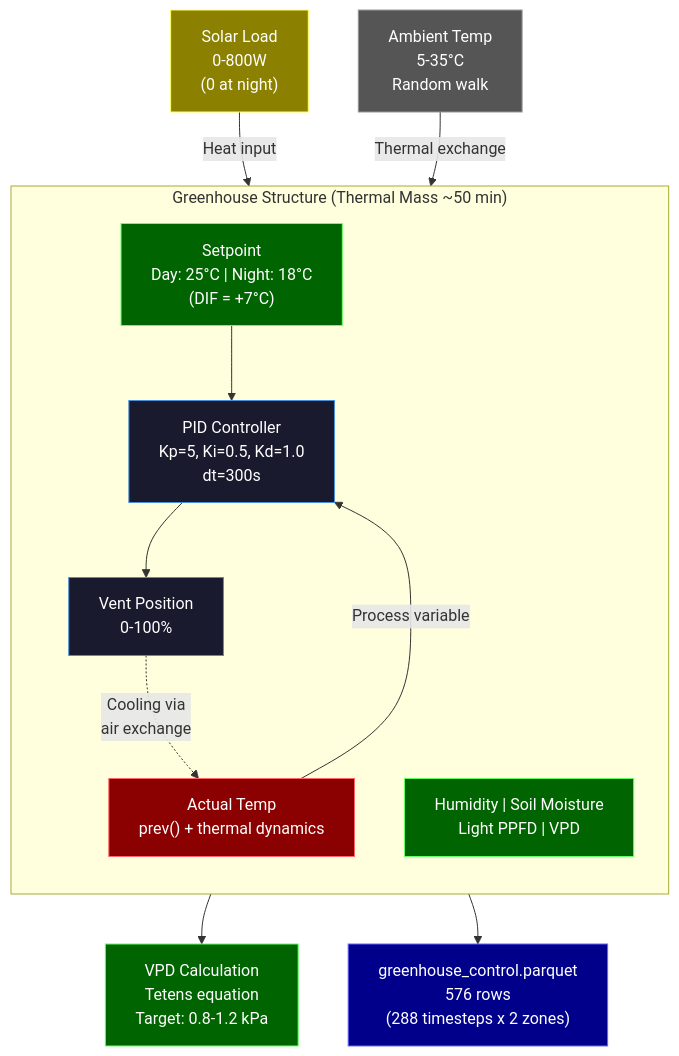
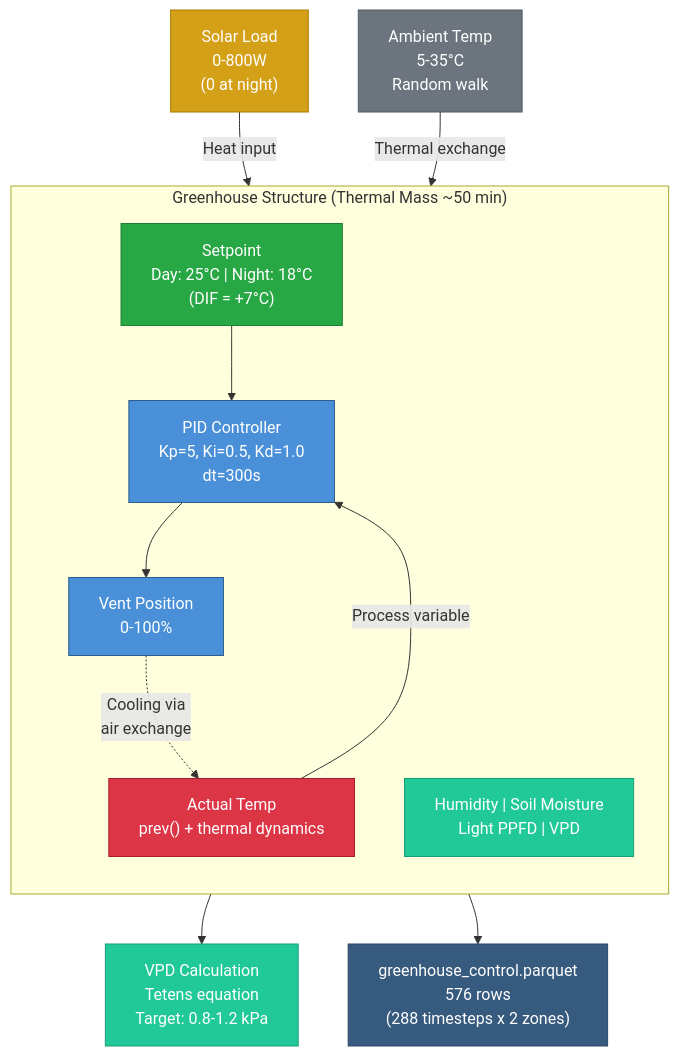
One commit to henryodibi11/Odibi changed the third of 3 diagrams in docs/simulation/patterns/environmental.md. Above: the diagram before and after it, drawn with Mermaid. The commit also changed other lines of this file and 7 other files, not shown here.

First line of the commit message:
Fix mermaid diagram colors for readability across all 26 diagrams

````diff
--- a/docs/simulation/patterns/environmental.md
+++ b/docs/simulation/patterns/environmental.md
@@ -522,33 +522,33 @@
 ```mermaid
 flowchart TB
     subgraph GH["Greenhouse Structure (Thermal Mass ~50 min)"]
         direction TB
         SP["Setpoint\nDay: 25°C | Night: 18°C\n(DIF = +7°C)"]
         PID["PID Controller\nKp=5, Ki=0.5, Kd=1.0\ndt=300s"]
         VENT["Vent Position\n0-100%"]
         TEMP["Actual Temp\nprev() + thermal dynamics"]
         SENSORS["Humidity | Soil Moisture\nLight PPFD | VPD"]
     end
 
     SUN["Solar Load\n0-800W\n(0 at night)"] -->|"Heat input"| TEMP
     AMB["Ambient Temp\n5-35°C\nRandom walk"] -->|"Thermal exchange"| TEMP
 
     SP --> PID
     TEMP -->|"Process variable"| PID
     PID --> VENT
     VENT -.->|"Cooling via\nair exchange"| TEMP
 
     TEMP --> VPD_CALC["VPD Calculation\nTetens equation\nTarget: 0.8-1.2 kPa"]
 
     GH --> OUT["greenhouse_control.parquet\n576 rows\n(288 timesteps x 2 zones)"]
 
-    style SP fill:#006400,stroke:#66ff66,color:#ffffff
-    style PID fill:#1a1a2e,stroke:#4a90d9,color:#ffffff
-    style VENT fill:#1a1a2e,stroke:#4a90d9,color:#ffffff
-    style TEMP fill:#8B0000,stroke:#ff6666,color:#ffffff
-    style SENSORS fill:#006400,stroke:#66ff66,color:#ffffff
-    style SUN fill:#8B8000,stroke:#ffff66,color:#ffffff
-    style AMB fill:#555555,stroke:#999999,color:#ffffff
-    style VPD_CALC fill:#006400,stroke:#66ff66,color:#ffffff
-    style OUT fill:#00008B,stroke:#6666ff,color:#ffffff
+    style SP fill:#28a745,stroke:#1e7e34,color:#ffffff
+    style PID fill:#4a90d9,stroke:#2c5f8a,color:#ffffff
+    style VENT fill:#4a90d9,stroke:#2c5f8a,color:#ffffff
+    style TEMP fill:#dc3545,stroke:#a71d2a,color:#ffffff
+    style SENSORS fill:#20c997,stroke:#199d76,color:#ffffff
+    style SUN fill:#d4a017,stroke:#a67c00,color:#ffffff
+    style AMB fill:#6c757d,stroke:#545b62,color:#ffffff
+    style VPD_CALC fill:#20c997,stroke:#199d76,color:#ffffff
+    style OUT fill:#375a7f,stroke:#2c4866,color:#ffffff
 ```
````
